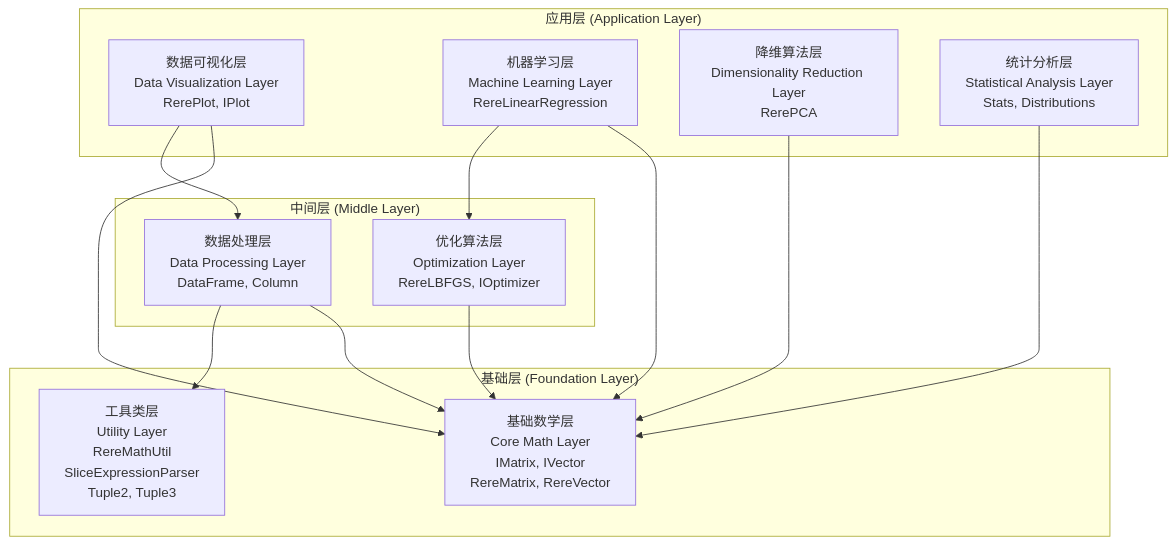
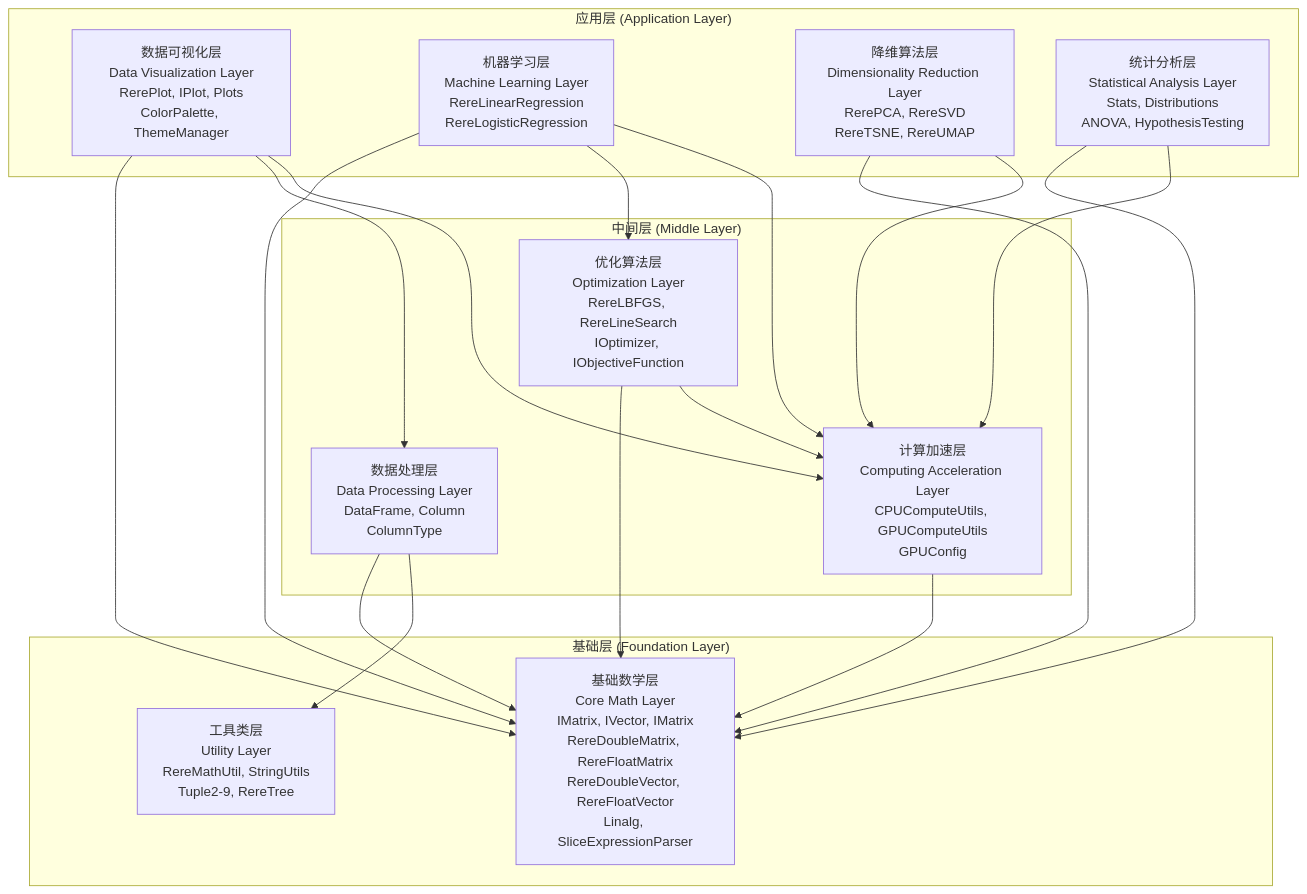
The diagram in README.md (ScaleFree-Tech/yishape-math), drawn with Mermaid before and after one commit. The commit also changed other lines of this file and 144 other files, not shown here.

````diff
--- a/README.md
+++ b/README.md
@@ -417,29 +468,36 @@
 ```mermaid
 graph TB
     subgraph "应用层 (Application Layer)"
-        VIZ[数据可视化层<br/>Data Visualization Layer<br/>RerePlot, IPlot]
-        ML[机器学习层<br/>Machine Learning Layer<br/>RereLinearRegression]
-        DIM[降维算法层<br/>Dimensionality Reduction Layer<br/>RerePCA]
-        STAT[统计分析层<br/>Statistical Analysis Layer<br/>Stats, Distributions]
+        VIZ[数据可视化层<br/>Data Visualization Layer<br/>RerePlot, IPlot, Plots<br/>ColorPalette, ThemeManager]
+        ML[机器学习层<br/>Machine Learning Layer<br/>RereLinearRegression<br/>RereLogisticRegression]
+        DIM[降维算法层<br/>Dimensionality Reduction Layer<br/>RerePCA, RereSVD<br/>RereTSNE, RereUMAP]
+        STAT[统计分析层<br/>Statistical Analysis Layer<br/>Stats, Distributions<br/>ANOVA, HypothesisTesting]
     end
     
     subgraph "中间层 (Middle Layer)"
-        DATA[数据处理层<br/>Data Processing Layer<br/>DataFrame, Column]
-        OPT[优化算法层<br/>Optimization Layer<br/>RereLBFGS, IOptimizer]
+        DATA[数据处理层<br/>Data Processing Layer<br/>DataFrame, Column<br/>ColumnType]
+        OPT[优化算法层<br/>Optimization Layer<br/>RereLBFGS, RereLineSearch<br/>IOptimizer, IObjectiveFunction]
+        COMP[计算加速层<br/>Computing Acceleration Layer<br/>CPUComputeUtils, GPUComputeUtils<br/>GPUConfig]
     end
     
     subgraph "基础层 (Foundation Layer)"
-        MATH[基础数学层<br/>Core Math Layer<br/>IMatrix, IVector<br/>RereMatrix, RereVector]
-        UTIL[工具类层<br/>Utility Layer<br/>RereMathUtil<br/>SliceExpressionParser<br/>Tuple2, Tuple3]
+        MATH[基础数学层<br/>Core Math Layer<br/>IMatrix, IVector, IMatrix<br/>RereDoubleMatrix, RereFloatMatrix<br/>RereDoubleVector, RereFloatVector<br/>Linalg, SliceExpressionParser]
+        UTIL[工具类层<br/>Utility Layer<br/>RereMathUtil, StringUtils<br/>Tuple2-9, RereTree]
     end
     
     VIZ --> MATH
     VIZ --> DATA
+    VIZ --> COMP
     ML --> MATH
     ML --> OPT
+    ML --> COMP
     DIM --> MATH
+    DIM --> COMP
     STAT --> MATH
+    STAT --> COMP
     DATA --> MATH
     DATA --> UTIL
     OPT --> MATH
+    OPT --> COMP
+    COMP --> MATH
 ```
````
